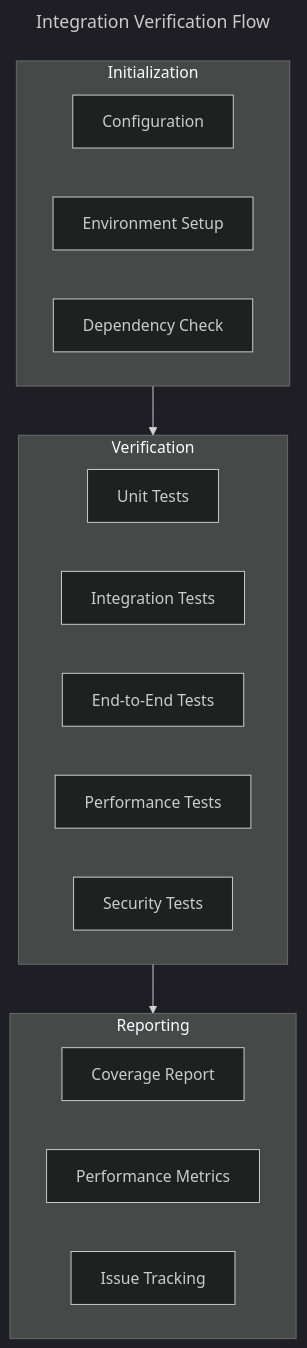
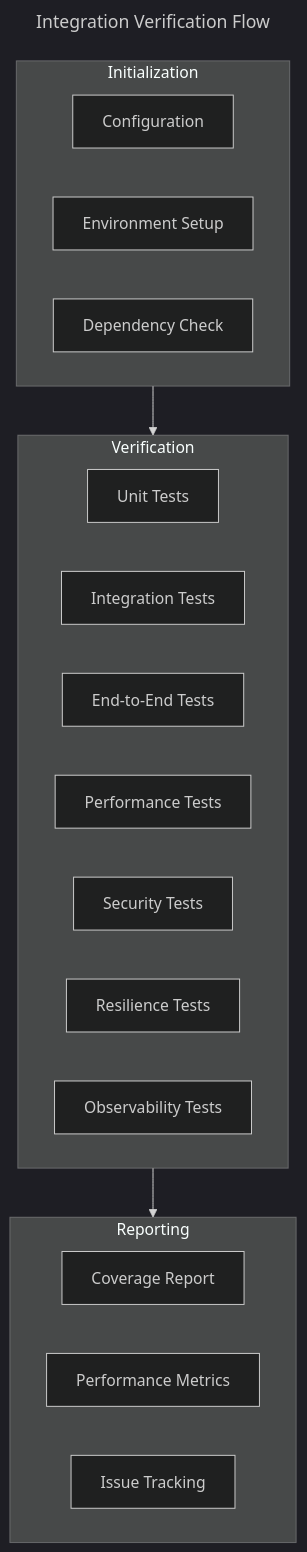
The first of 5 diagrams in specs/integration/VERIFICATION.md (ecoPrimals/squirrel), drawn with Mermaid (dark theme) before and after one commit. The commit also changed other lines of this file and 49 other files, not shown here.

````diff
--- a/specs/integration/VERIFICATION.md
+++ b/specs/integration/VERIFICATION.md
@@ -5,28 +5,30 @@
 ```mermaid
 ---
 title: Integration Verification Flow
 ---
 flowchart TB
     subgraph Init["Initialization"]
         Config["Configuration"]
         Setup["Environment Setup"]
         Deps["Dependency Check"]
     end
 
     subgraph Verify["Verification"]
         Unit["Unit Tests"]
         Integration["Integration Tests"]
         E2E["End-to-End Tests"]
         Performance["Performance Tests"]
         Security["Security Tests"]
+        Resilience["Resilience Tests"]
+        Observability["Observability Tests"]
     end
 
     subgraph Report["Reporting"]
         Coverage["Coverage Report"]
         Metrics["Performance Metrics"]
         Issues["Issue Tracking"]
     end
 
     Init --> Verify
     Verify --> Report
 ```
````
